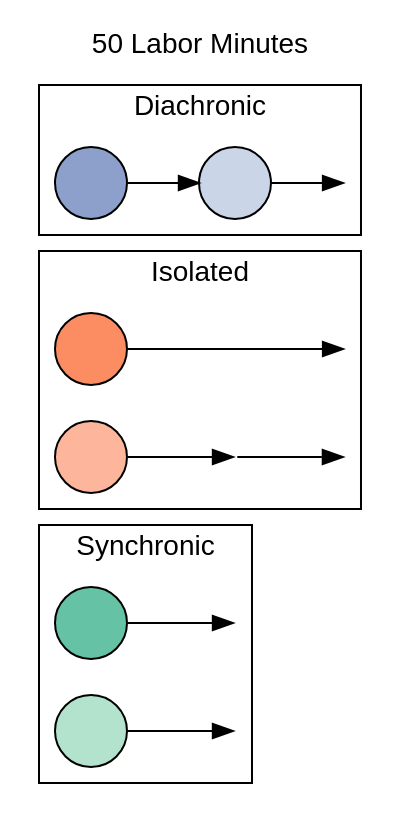
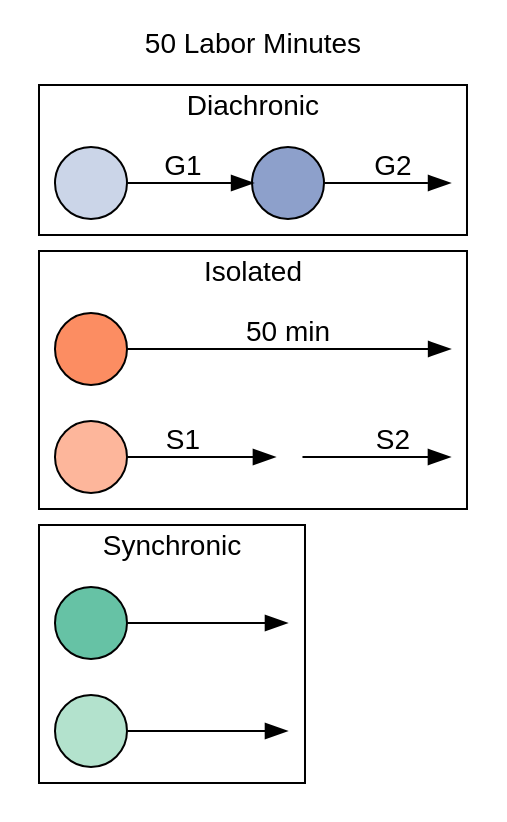
Before and after one commit to pedmiston/totems-data: the diagram in inst/extdata/team-structures-exp1.gv, drawn with Graphviz.

Commit message:
Label sub strategy

```diff
--- a/inst/extdata/team-structures-exp1.gv
+++ b/inst/extdata/team-structures-exp1.gv
@@ -1,45 +1,49 @@
 digraph {
   rankdir=LR;
   label="50 Labor Minutes";
   labelloc=t;
   fontname=helvetica;
   // bgcolor=transparent;
 
-  node[fontname=helvetica; label=""; style=filled];
+  node[fontname=Helvetica; label=""; style=filled];
+  edge[fontname=Helvetica];
 
   // Set cluster order (top to bottom) by initializing
   // nodes in each cluster starting from bottom to top
   s1, solo, solo1, solo2, d1;
 
   // Shapes are projects
   d1, d2, solo, solo1, solo2, s1, s2[shape=circle];
 
   // Colors are people
   s1[fillcolor="#66C2A5"];
   s2[fillcolor="#b3e2cd"];
-  d1[fillcolor="#8DA0CB"];
-  d2[fillcolor="#cbd5e8"];
+  d1[fillcolor="#cbd5e8"];
+  d2[fillcolor="#8DA0CB"];
   solo[fillcolor="#FC8D62"];
   solo1[fillcolor="#FDB69B"];
 
   // Invisible last nodes
   dinv1, soloinv1, solo2, soloinv2, sinv1, sinv2[style=invis, width=0];
+  solo2[width=0.2];
 
   subgraph cluster1 {
     label="Diachronic";
-    d1 -> d2 -> dinv1;
+    d1 -> d2[label="G1"]
+    d2 -> dinv1[label="G2"];
   }
 
   subgraph cluster2 {
     label="Isolated";
-    solo -> soloinv1[minlen=2];
-    solo1 -> solo2 -> soloinv2;
+    solo -> soloinv1[minlen=2 label="50 min"];
+    solo1 -> solo2[label="S1"];
+    solo2 -> soloinv2[label="S2"];
   }
 
   subgraph cluster3 {
     label="Synchronic";
     s1 -> sinv1;
     s2 -> sinv2;
   }
 
 }
```
